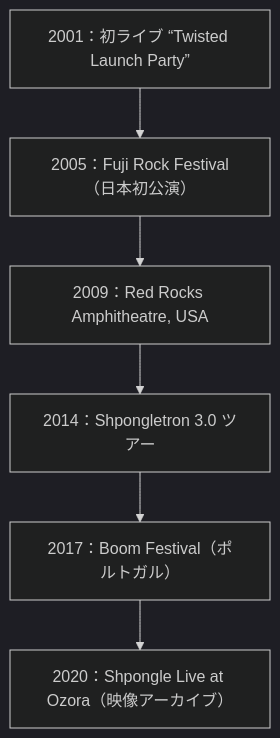
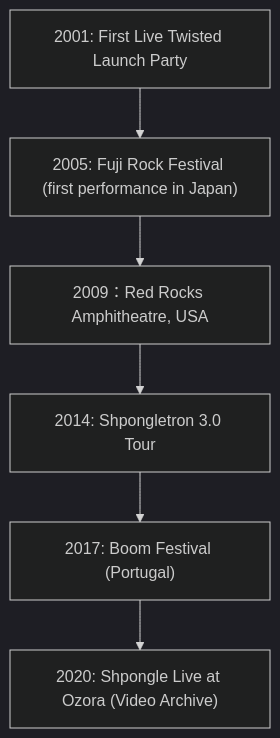
Before and after one commit to monumental-movement/monumental-movement.github.io: the third of 4 diagrams in en/_posts/2025-10-05-Column-Shpongle.md, drawn with Mermaid (dark theme). The commit also changed other lines of this file and 152 other files, not shown here.

```diff
--- a/en/_posts/2025-10-05-Column-Shpongle.md
+++ b/en/_posts/2025-10-05-Column-Shpongle.md
@@ -131,10 +131,10 @@
 <div class="mermaid">
 
 flowchart TD
-  L2001["2001：初ライブ “Twisted Launch Party”"] --> L2005["2005：Fuji Rock Festival（日本初公演）"]
+  L2001["2001: First Live "Twisted Launch Party""] --> L2005["2005: Fuji Rock Festival (first performance in Japan)"]
   L2005 --> L2009["2009：Red Rocks Amphitheatre, USA"]
-  L2009 --> L2014["2014：Shpongletron 3.0 ツアー"]
-  L2014 --> L2017["2017：Boom Festival（ポルトガル）"]
-  L2017 --> L2020["2020：Shpongle Live at Ozora（映像アーカイブ）"]
+  L2009 --> L2014["2014: Shpongletron 3.0 Tour"]
+  L2014 --> L2017["2017: Boom Festival (Portugal)"]
+  L2017 --> L2020["2020: Shpongle Live at Ozora (Video Archive)"]
 
 </div>
```
